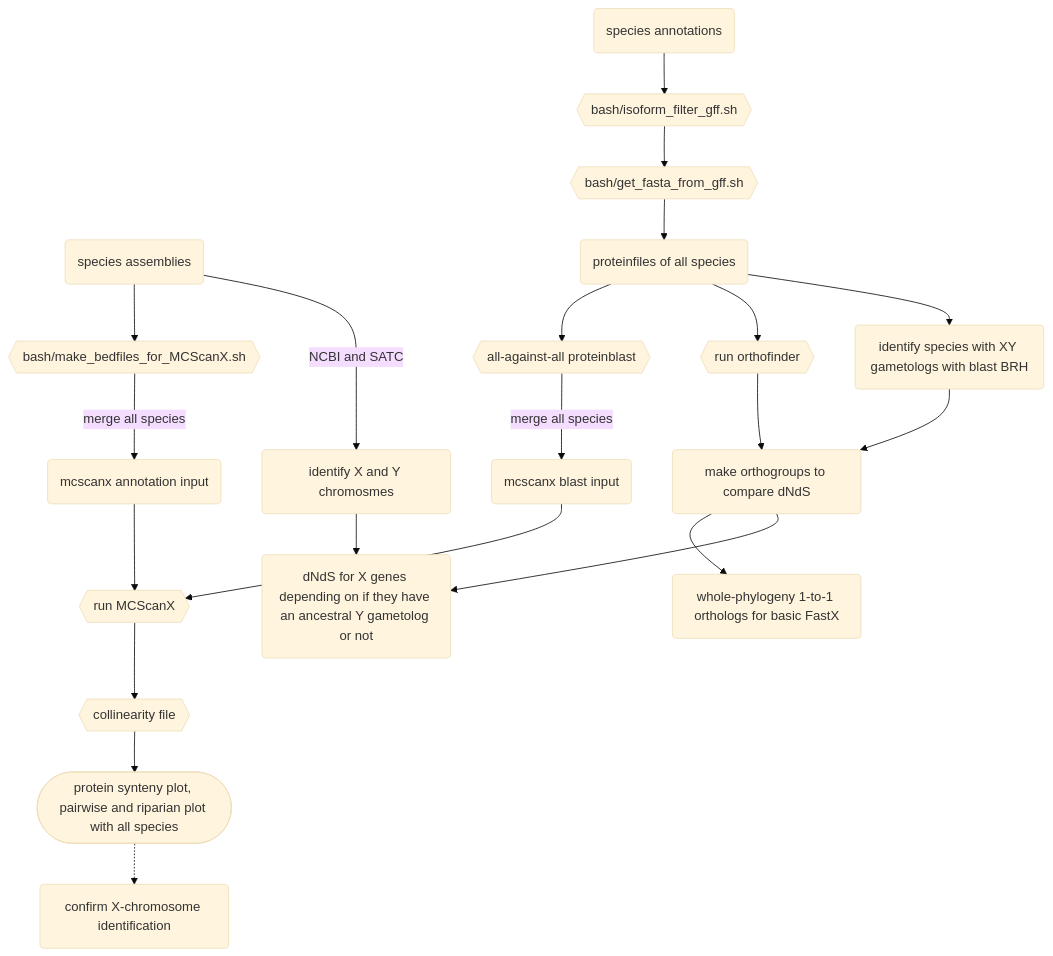
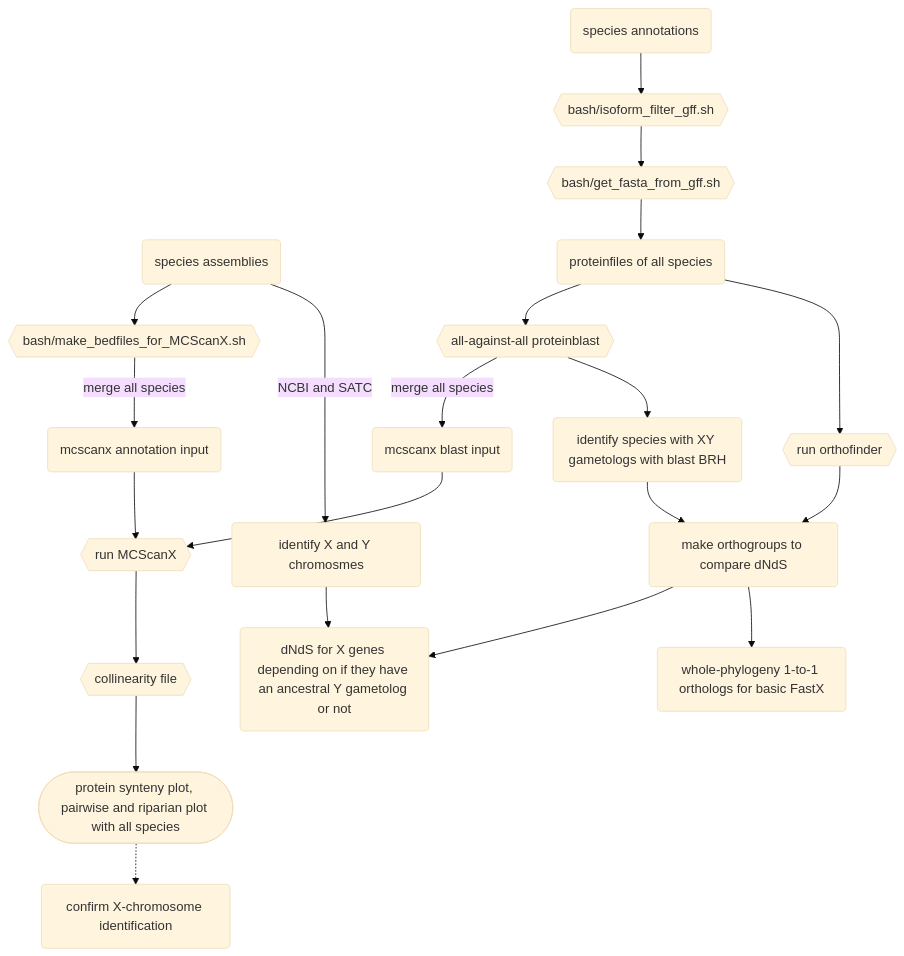
The diagram in README.md (milena-t/PhD_chapter3), drawn with Mermaid (base theme) before and after one commit.

Commit message:
moremermaid

````diff
--- a/README.md
+++ b/README.md
@@ -55,30 +55,30 @@
 ```mermaid
 graph TD;
     species_Ass(species assemblies);
     species_Ass --> simplified_bed{{bash/make_bedfiles_for_MCScanX.sh}};
     simplified_bed -- merge all species --> mcscanx_bed(mcscanx annotation input);
     
     species_Ann(species annotations);
     species_Ann --> is_filter{{bash/isoform_filter_gff.sh}};
     is_filter --> get_prot{{bash/get_fasta_from_gff.sh}};
     get_prot --> protfiles(proteinfiles of all species);
     protfiles --> blast{{all-against-all proteinblast}};
     blast -- merge all species --> mcscanx_blast(mcscanx blast input);
 
     mcscanx_bed --> run_mcscanx{{run MCScanX}};
     mcscanx_blast --> run_mcscanx
     run_mcscanx --> mcscanx_out{{collinearity file}}
     mcscanx_out --> mcscanx_plot([protein synteny plot, pairwise and riparian plot with all species])
     mcscanx_plot .-> conf_X(confirm X-chromosome identification)
 
     species_Ass -- NCBI and SATC --> XY_chr(identify X and Y chromosmes);
     protfiles --> orthofinder{{run orthofinder}};
     
-    protfiles --> XY_paralogs(identify species with XY gametologs with blast BRH);
+    blast --> XY_paralogs(identify species with XY gametologs with blast BRH);
     XY_paralogs --> dNdS_groups(make orthogroups to compare dNdS);
     orthofinder --> dNdS_groups
 
-    dNdS_groups --> basicFastX(whole-phylogeny 1-to-1 orthologs for basic FastX);
     dNdS_groups --> gametologs(dNdS for X genes depending on if they have an ancestral Y gametolog or not);
     XY_chr --> gametologs
+    dNdS_groups --> basicFastX(whole-phylogeny 1-to-1 orthologs for basic FastX);
 ```   
````
